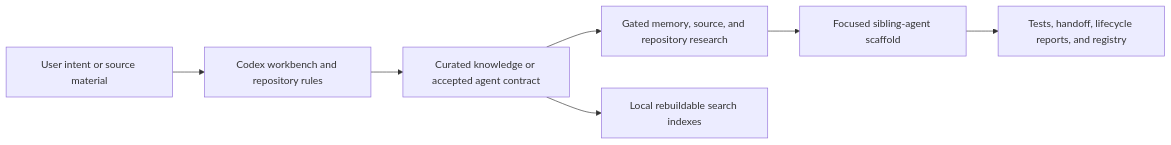
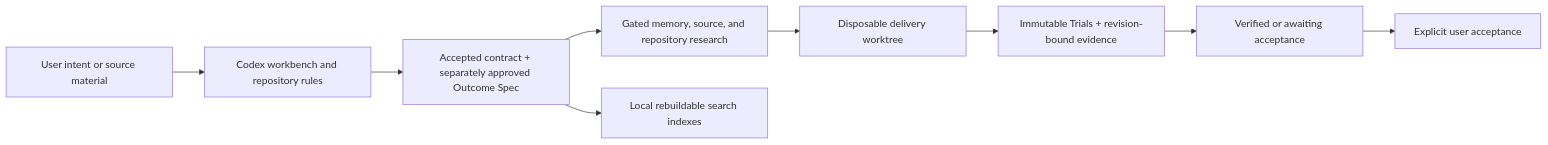
The diagram in docs/architecture.md (NumericalArt/Pritha), drawn with Mermaid before and after one commit. The commit also changed other lines of this file and 3 other files, not shown here.

Commit message:
docs: publish outcome delivery architecture

````diff
--- a/docs/architecture.md
+++ b/docs/architecture.md
@@ -11,9 +11,11 @@
 ```mermaid
 flowchart LR
     A["User intent or source material"] --> B["Codex workbench and repository rules"]
-    B --> C["Curated knowledge or accepted agent contract"]
+    B --> C["Accepted contract + separately approved Outcome Spec"]
     C --> D["Gated memory, source, and repository research"]
-    D --> E["Focused sibling-agent scaffold"]
-    E --> F["Tests, handoff, lifecycle reports, and registry"]
-    C --> G["Local rebuildable search indexes"]
+    D --> E["Disposable delivery worktree"]
+    E --> F["Immutable Trials + revision-bound evidence"]
+    F --> G["Verified or awaiting acceptance"]
+    G --> H["Explicit user acceptance"]
+    C --> I["Local rebuildable search indexes"]
 ```
````
